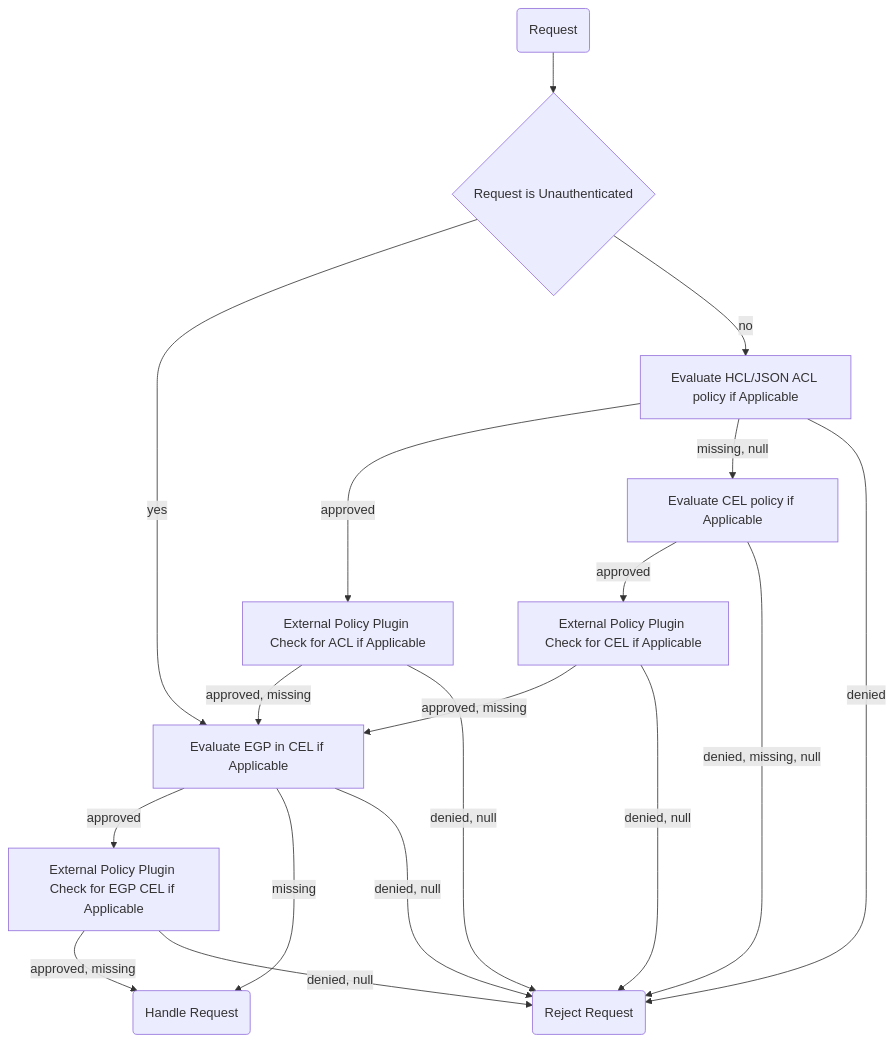
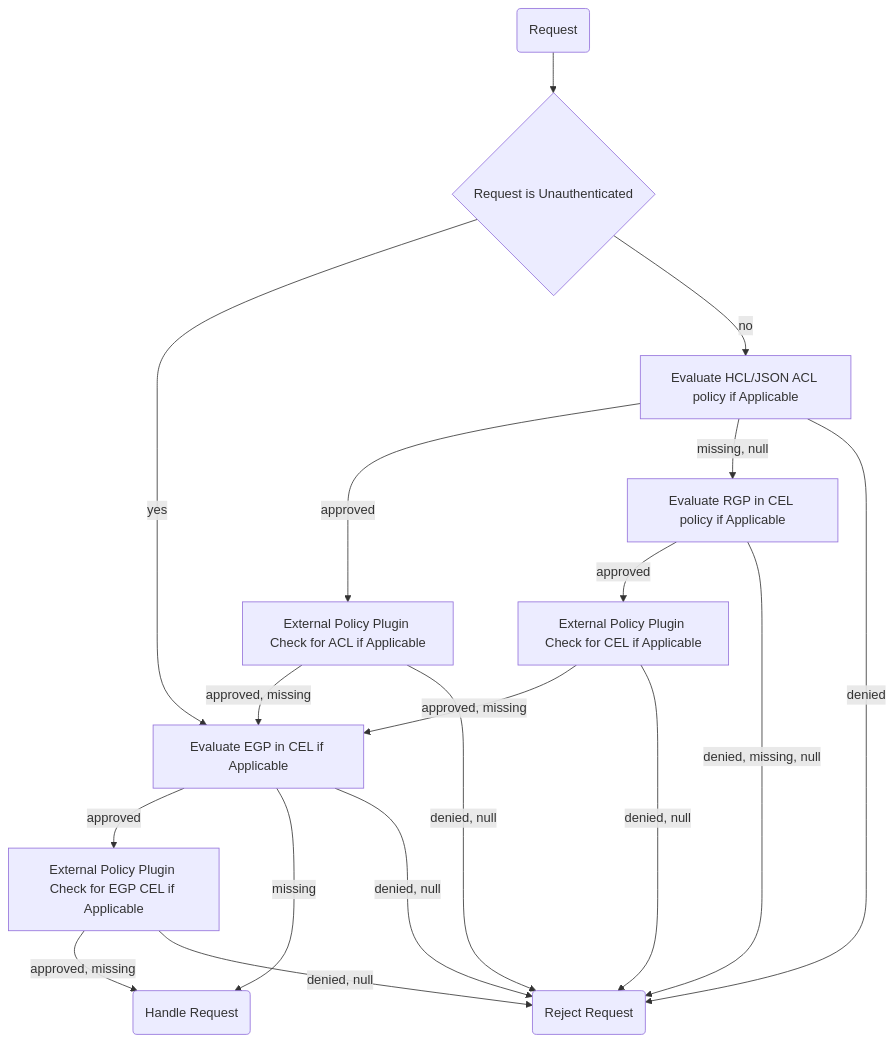
One commit to openbao/openbao changed the diagram in website/content/community/rfcs/cel-policies.mdx. Above: the diagram before and after it, drawn with Mermaid. The commit also changed other lines of this file, not shown here.

````diff
--- a/website/content/community/rfcs/cel-policies.mdx
+++ b/website/content/community/rfcs/cel-policies.mdx
@@ -78,29 +92,29 @@
 ```mermaid
 flowchart TD
   R --> RIU
   RIU -- yes --> EGP
   EGP -- approved --> EPC -- approved, missing --> HR
   EGP -- missing --> HR
   EGP -- denied, null --> RR
   EPC -- denied, null --> RR
 
   RIU -- no --> ACL
   ACL -- approved --> EPA -- approved, missing --> EGP
   ACL -- missing, null --> RGP
   RGP -- approved --> EPB -- approved, missing --> EGP
   ACL -- denied --> RR
   RGP -- denied, missing, null --> RR
   EPA -- denied, null --> RR
   EPB -- denied, null --> RR
 
   R(Request)
   RIU{Request is Unauthenticated}
   ACL[Evaluate HCL/JSON ACL policy if Applicable]
-  RGP[Evaluate CEL policy if Applicable]
+  RGP[Evaluate RGP in CEL policy if Applicable]
   EGP[Evaluate EGP in CEL if Applicable]
   HR(Handle Request)
   RR(Reject Request)
   EPA[External Policy Plugin Check for ACL if Applicable]
   EPB[External Policy Plugin Check for CEL if Applicable]
   EPC[External Policy Plugin Check for EGP CEL if Applicable]
 ```
````
